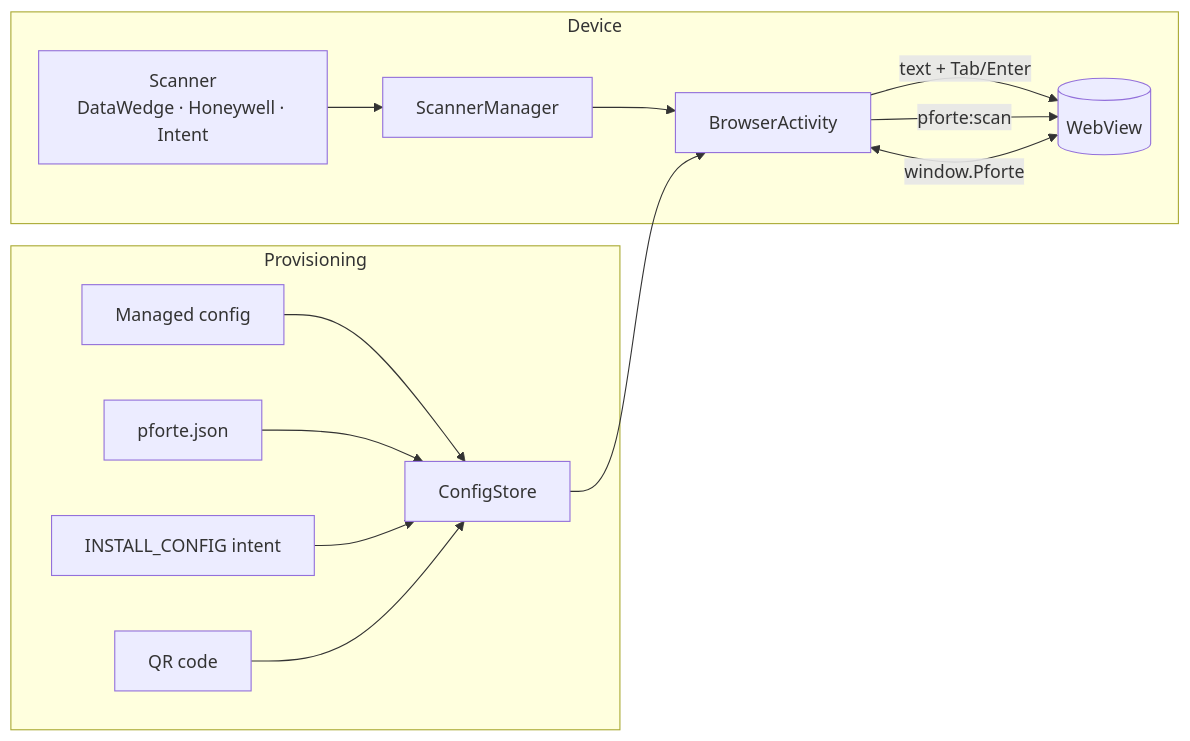
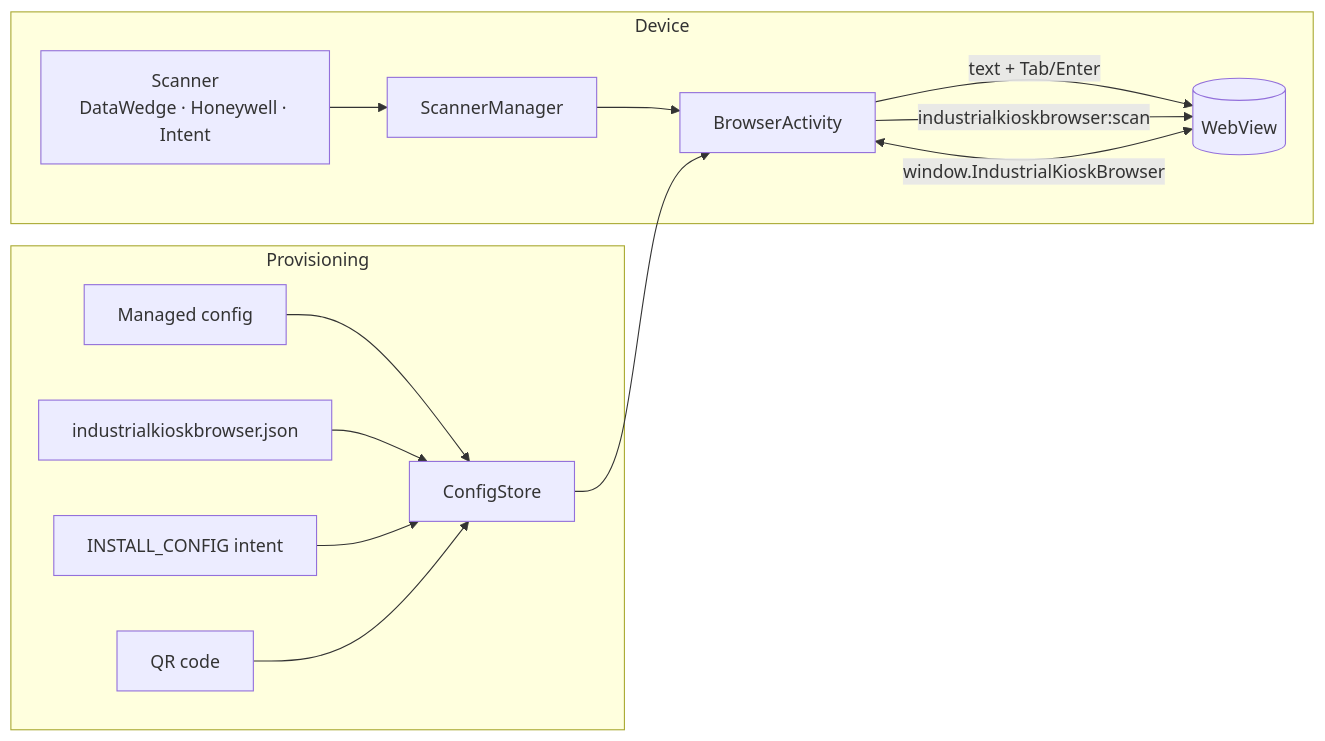
One commit to ict-baden/industrialkioskbrowser changed the diagram in README.md. Above: the diagram before and after it, drawn with Mermaid. The commit also changed other lines of this file and 131 other files, not shown here.

First line of the commit message:
Umbenennung in Industrial Kiosk Browser (Paket de.ictbaden.industrialkioskbrowser)

````diff
--- a/README.md
+++ b/README.md
@@ -151,17 +151,17 @@
 ```mermaid
 flowchart LR
   subgraph Device
     S[Scanner<br>DataWedge · Honeywell · Intent] --> M[ScannerManager]
     M --> B[BrowserActivity]
     B -->|text + Tab/Enter| W[(WebView)]
-    B -->|pforte:scan| W
-    W <-->|window.Pforte| B
+    B -->|industrialkioskbrowser:scan| W
+    W <-->|window.IndustrialKioskBrowser| B
   end
   subgraph Provisioning
     MC[Managed config] --> C[ConfigStore]
-    F[pforte.json] --> C
+    F[industrialkioskbrowser.json] --> C
     I[INSTALL_CONFIG intent] --> C
     Q[QR code] --> C
   end
   C --> B
 ```
````
